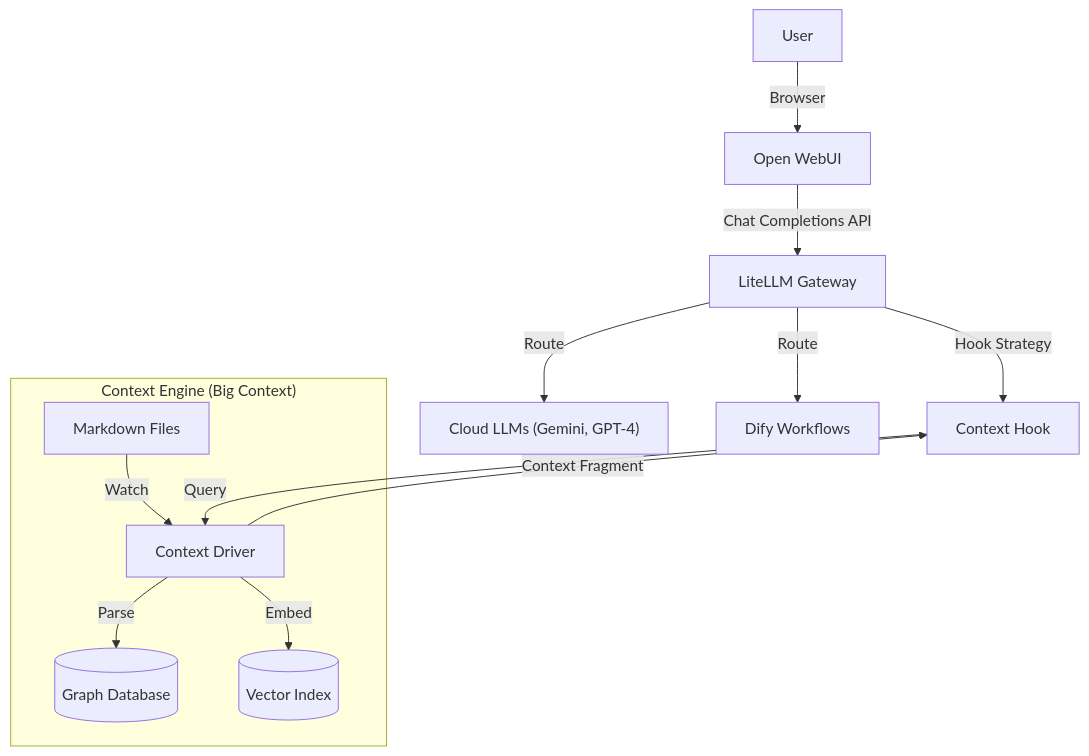
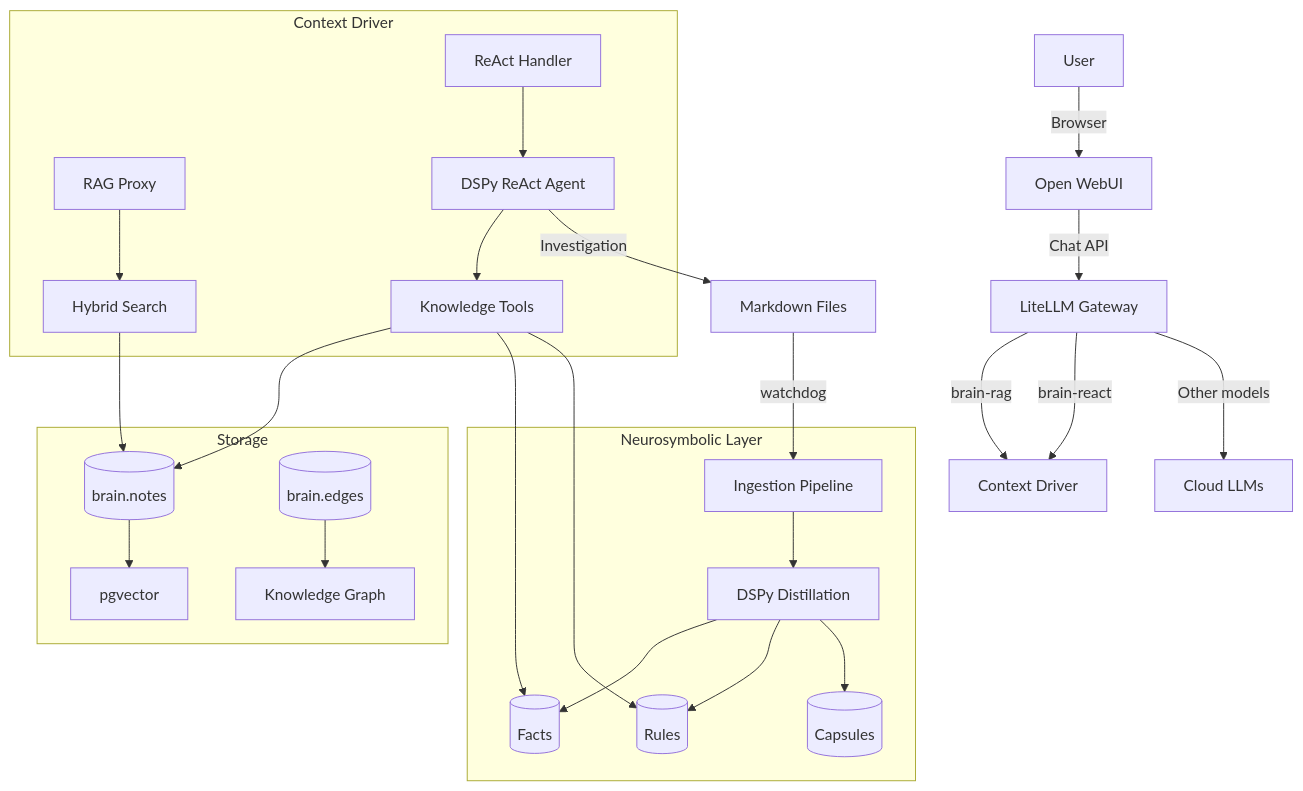
One commit to sv-pro/context-engine changed the diagram in ARCHITECTURE.md. Above: the diagram before and after it, drawn with Mermaid. The commit also changed other lines of this file and 9 other files, not shown here.

First line of the commit message:
docs: Add brain-react architecture documentation and article series

````diff
--- a/ARCHITECTURE.md
+++ b/ARCHITECTURE.md
@@ -22,18 +16,35 @@
 ```mermaid
 graph TD
     User[User] -->|Browser| WebUI[Open WebUI]
-    WebUI -->|Chat Completions API| LiteLLM[LiteLLM Gateway]
+    WebUI -->|Chat API| LiteLLM[LiteLLM Gateway]
     
-    subgraph "Context Engine (Big Context)"
-        Docs[Markdown Files] -->|Watch| Ingester[Context Driver]
-        Ingester -->|Parse| GraphDB[(Graph Database)]
-        Ingester -->|Embed| VectorDB[(Vector Index)]
+    LiteLLM -->|brain-rag| ContextDriver[Context Driver]
+    LiteLLM -->|brain-react| ContextDriver
+    LiteLLM -->|Other models| ExternalLLMs[Cloud LLMs]
+    
+    subgraph "Context Driver"
+        RAGProxy[RAG Proxy] --> Retrieval[Hybrid Search]
+        ReactHandler[ReAct Handler] --> Agent[DSPy ReAct Agent]
+        Agent --> Tools[Knowledge Tools]
     end
     
-    LiteLLM -->|Hook Strategy| Hook[Context Hook]
-    Hook -->|Query| Ingester
-    Ingester -->|Context Fragment| Hook
+    subgraph "Neurosymbolic Layer"
+        Ingester[Ingestion Pipeline] --> Distiller[DSPy Distillation]
+        Distiller --> Facts[(Facts)]
+        Distiller --> Rules[(Rules)]
+        Distiller --> Capsules[(Capsules)]
+    end
     
-    LiteLLM -->|Route| ExternalLLMs["Cloud LLMs (Gemini, GPT-4)"]
-    LiteLLM -->|Route| Dify[Dify Workflows]
+    subgraph "Storage"
+        Notes[(brain.notes)] --> Embeddings[pgvector]
+        Edges[(brain.edges)] --> Graph[Knowledge Graph]
+    end
+    
+    Tools --> Notes
+    Tools --> Facts
+    Tools --> Rules
+    Retrieval --> Notes
+    
+    Docs[Markdown Files] -->|watchdog| Ingester
+    Agent -->|Investigation| Docs
 ```
````
